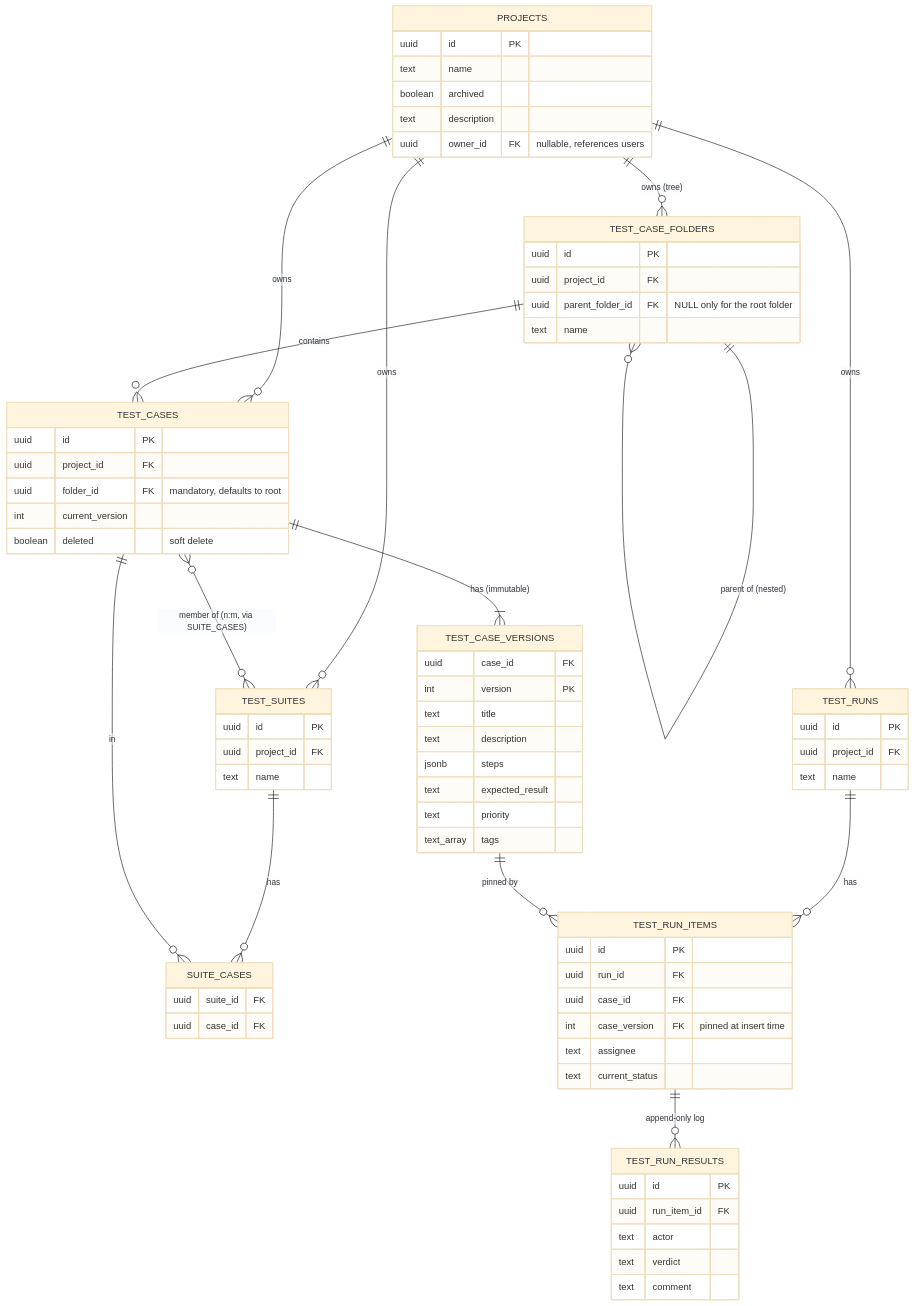
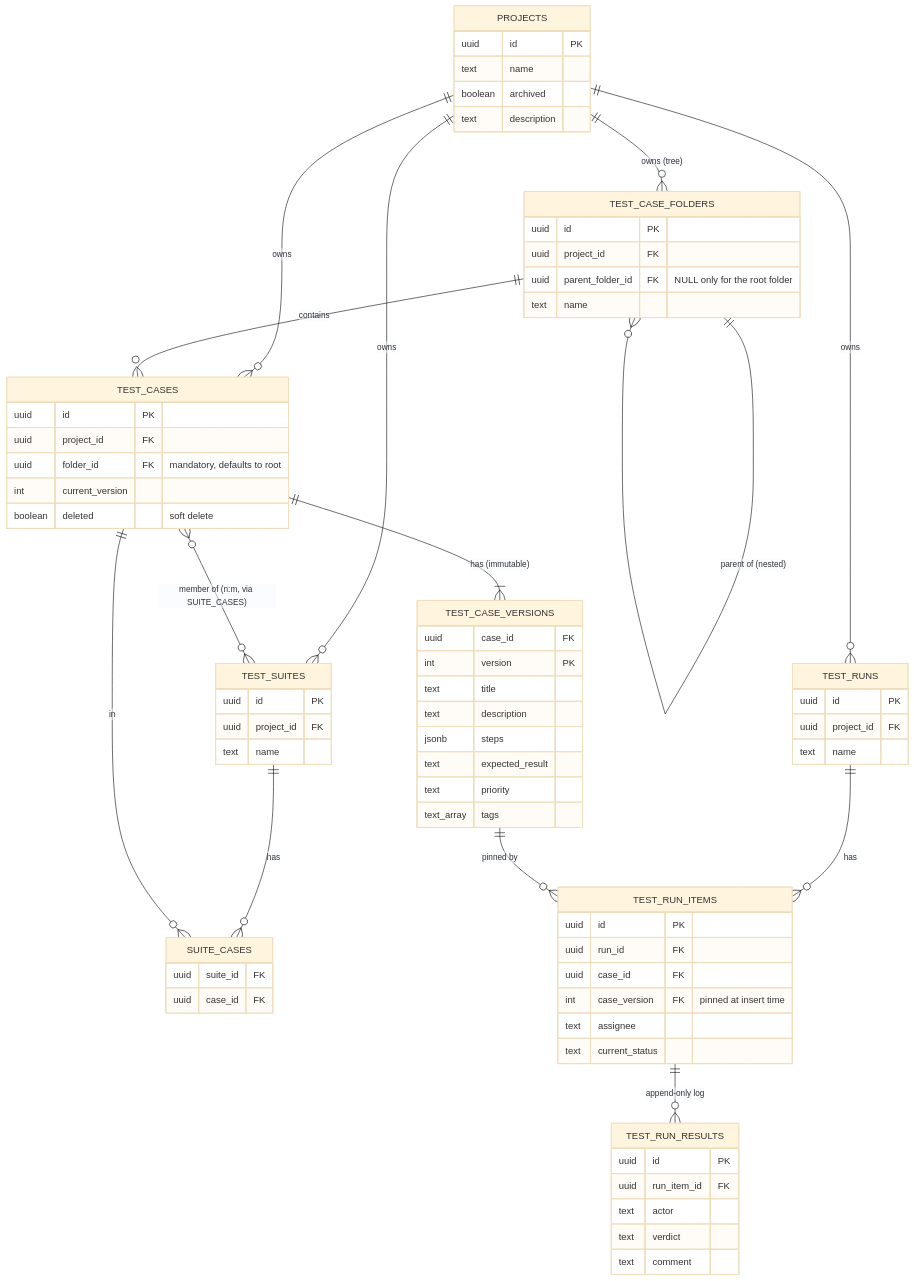
Before and after one commit to Barayo/TestPulse: the diagram in docs/database.md, drawn with Mermaid (base theme). The commit also changed other lines of this file and 101 other files, not shown here.

````diff
--- a/docs/database.md
+++ b/docs/database.md
@@ -13,80 +13,79 @@
 ```mermaid
 erDiagram
     PROJECTS ||--o{ TEST_CASE_FOLDERS : "owns (tree)"
     PROJECTS ||--o{ TEST_CASES : owns
     PROJECTS ||--o{ TEST_SUITES : owns
     PROJECTS ||--o{ TEST_RUNS : owns
 
     TEST_CASE_FOLDERS ||--o{ TEST_CASE_FOLDERS : "parent of (nested)"
     TEST_CASE_FOLDERS ||--o{ TEST_CASES : contains
 
     TEST_CASES ||--|{ TEST_CASE_VERSIONS : "has (immutable)"
     TEST_CASES }o--o{ TEST_SUITES : "member of (n:m, via SUITE_CASES)"
 
     TEST_SUITES ||--o{ SUITE_CASES : has
     TEST_CASES ||--o{ SUITE_CASES : "in"
 
     TEST_RUNS ||--o{ TEST_RUN_ITEMS : has
     TEST_CASE_VERSIONS ||--o{ TEST_RUN_ITEMS : "pinned by"
     TEST_RUN_ITEMS ||--o{ TEST_RUN_RESULTS : "append-only log"
 
     PROJECTS {
         uuid id PK
         text name
         boolean archived
         text description
-        uuid owner_id FK "nullable, references users"
     }
     TEST_CASE_FOLDERS {
         uuid id PK
         uuid project_id FK
         uuid parent_folder_id FK "NULL only for the root folder"
         text name
     }
     TEST_CASES {
         uuid id PK
         uuid project_id FK
         uuid folder_id FK "mandatory, defaults to root"
         int current_version
         boolean deleted "soft delete"
     }
     TEST_CASE_VERSIONS {
         uuid case_id FK
         int version PK
         text title
         text description
         jsonb steps
         text expected_result
         text priority
         text_array tags
     }
     TEST_SUITES {
         uuid id PK
         uuid project_id FK
         text name
     }
     SUITE_CASES {
         uuid suite_id FK
         uuid case_id FK
     }
     TEST_RUNS {
         uuid id PK
         uuid project_id FK
         text name
     }
     TEST_RUN_ITEMS {
         uuid id PK
         uuid run_id FK
         uuid case_id FK
         int case_version FK "pinned at insert time"
         text assignee
         text current_status
     }
     TEST_RUN_RESULTS {
         uuid id PK
         uuid run_item_id FK
         text actor
         text verdict
         text comment
     }
 ```
````
